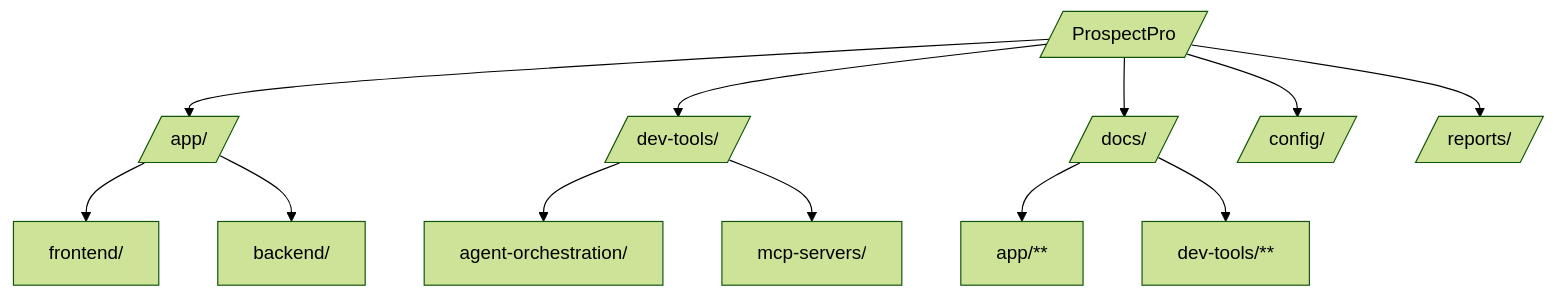
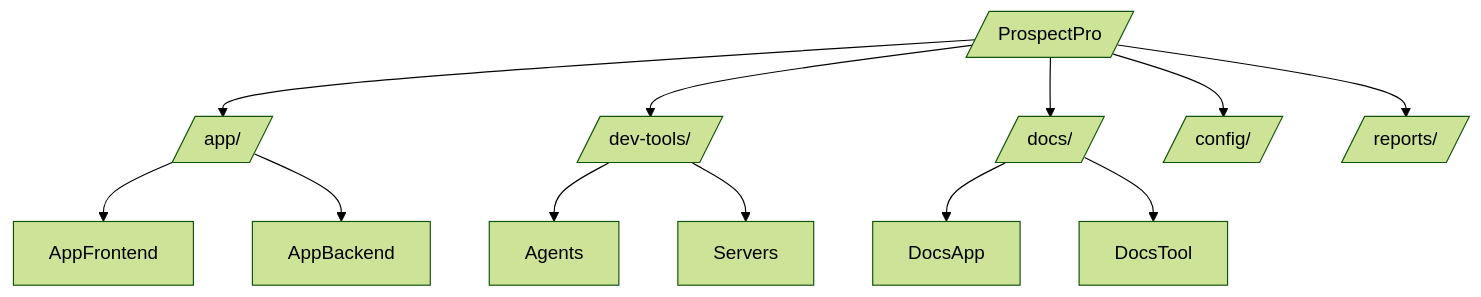
Before and after one commit to Alextorelli/ProspectPro: the diagram in docs/diagrams/tooling/repo-filetree.mmd, drawn with Mermaid. The commit also changed 9 other files, not shown here.

Commit message:
docs: add technical filetree diagram, update codebase index, unify color palette across diagrams, and update standards

```diff
--- a/docs/diagrams/tooling/repo-filetree.mmd
+++ b/docs/diagrams/tooling/repo-filetree.mmd
@@ -1,16 +1,16 @@
 %%{init: {"theme": "forest"} }%%
 %% accTitle: Hybrid Mono-Repo File Tree
 %% accDescr: High-level layout for app, dev tools, documentation, and configs.
 graph TD
   Root[/"ProspectPro"/]
   Root --> App[/"app/"/]
   Root --> DevTools[/"dev-tools/"/]
   Root --> Docs[/"docs/"/]
   Root --> Config[/"config/"/]
   Root --> Reports[/"reports/"/]
-  App --> Frontend["frontend/"]
-  App --> Backend["backend/"]
-  DevTools --> Agents["agent-orchestration/"]
-  DevTools --> MCPServers["mcp-servers/"]
-  Docs --> AppDocs["app/**"]
-  Docs --> ToolDocs["dev-tools/**"]
+  App --> AppFrontend
+  App --> AppBackend
+  DevTools --> Agents
+  DevTools --> Servers
+  Docs --> DocsApp
+  Docs --> DocsTool
```
